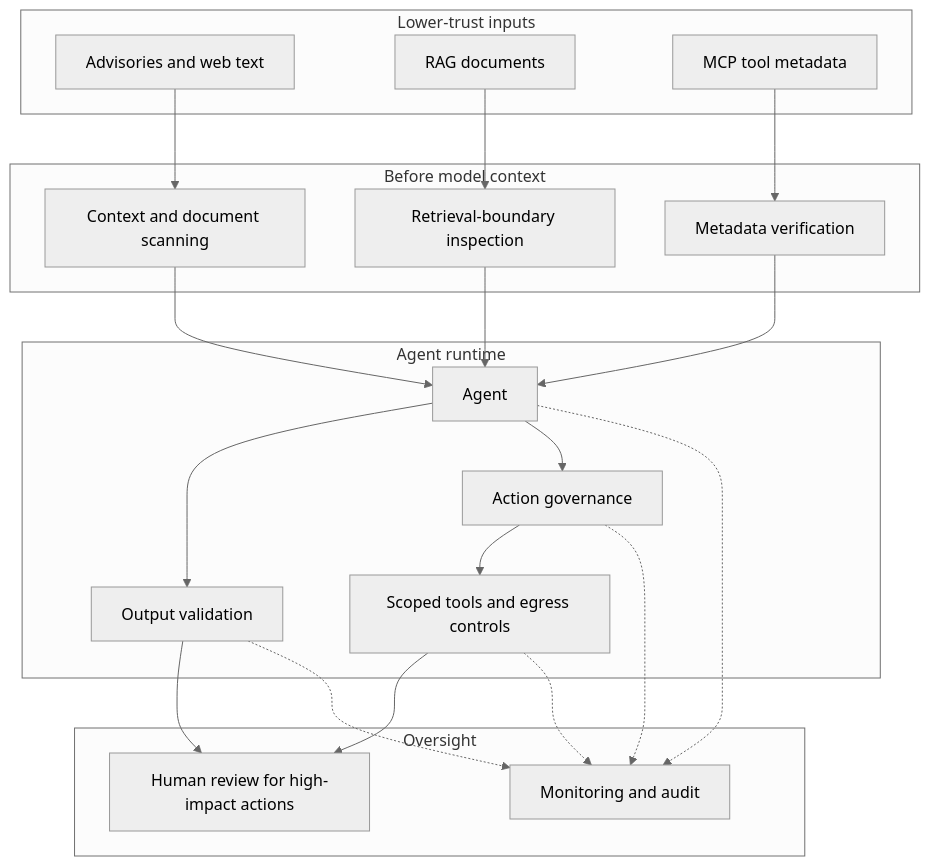
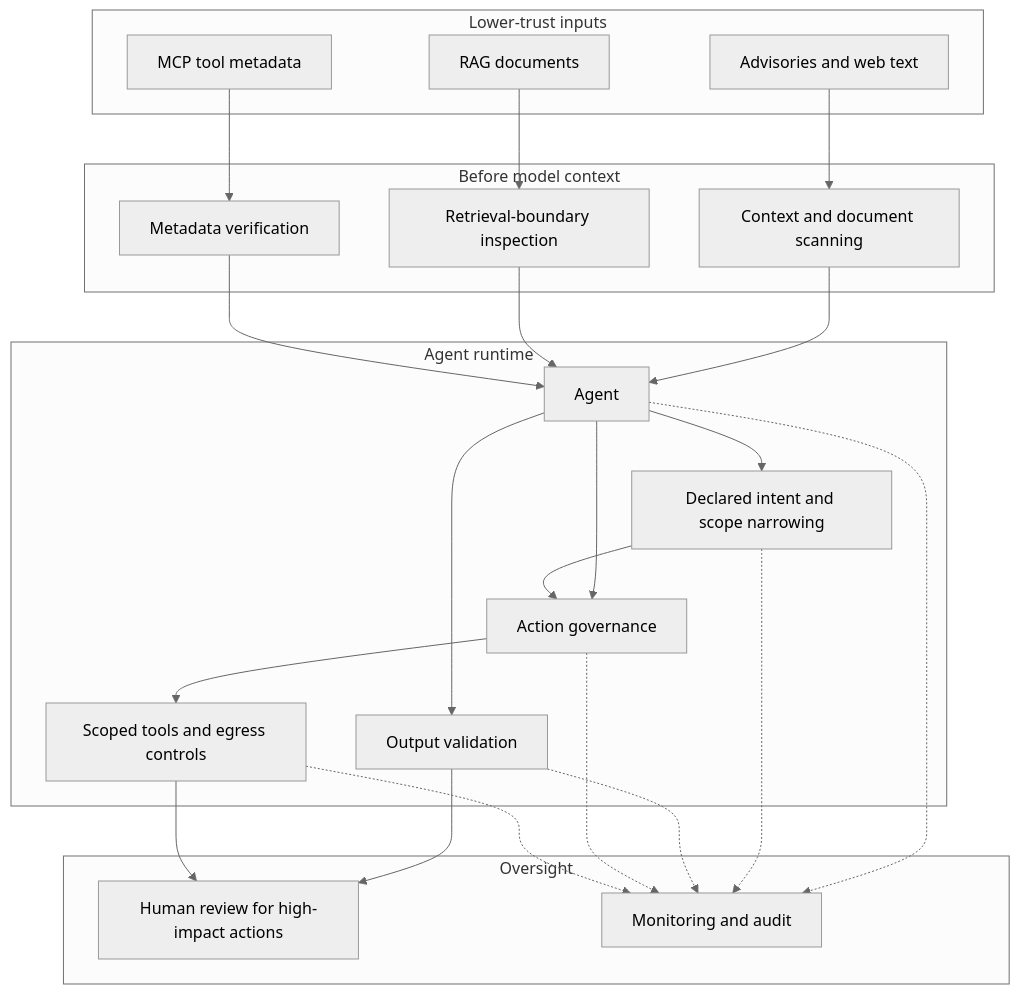
Before and after one commit to nmeisenzahl/hijack-agentic-ai: the diagram in docs/securing-agentic-ai.md, drawn with Mermaid (neutral theme). The commit also changed other lines of this file and 40 other files, not shown here.

````diff
--- a/docs/securing-agentic-ai.md
+++ b/docs/securing-agentic-ai.md
@@ -119,40 +145,44 @@
 ```mermaid
 flowchart TB
     subgraph Inputs[Lower-trust inputs]
         TEXT[Advisories and web text]
         RETRIEVAL[RAG documents]
         TOOLS[MCP tool metadata]
     end
 
     subgraph PreModel[Before model context]
         SCAN[Context and document scanning]
         RAGSCAN[Retrieval-boundary inspection]
         VERIFY[Metadata verification]
     end
 
     subgraph Runtime[Agent runtime]
         AGENT[Agent]
+        INTENT[Declared intent and scope narrowing]
         OUTPUT[Output validation]
         POLICY[Action governance]
         SIDEFX[Scoped tools and egress controls]
     end
 
     subgraph Oversight[Oversight]
         REVIEW[Human review for high-impact actions]
         LOGS[Monitoring and audit]
     end
 
     TEXT --> SCAN --> AGENT
     RETRIEVAL --> RAGSCAN --> AGENT
     TOOLS --> VERIFY --> AGENT
 
+    AGENT --> INTENT
     AGENT --> OUTPUT
     AGENT --> POLICY
+    INTENT --> POLICY
     OUTPUT --> REVIEW
     POLICY --> SIDEFX --> REVIEW
 
     AGENT -.-> LOGS
+    INTENT -.-> LOGS
     OUTPUT -.-> LOGS
     POLICY -.-> LOGS
     SIDEFX -.-> LOGS
 ```
````
